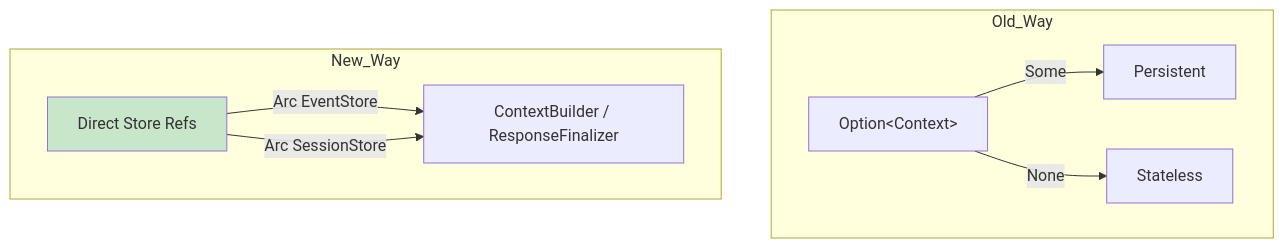
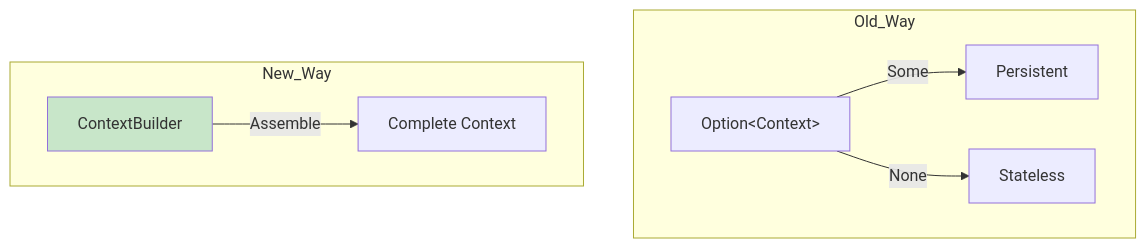
Diagram 12 of 20 in docs/architecture-en.md (yeheng/nanobot-rs), drawn with Mermaid before and after one commit. The commit also changed other lines of this file and 41 other files, not shown here.

````diff
--- a/docs/architecture-en.md
+++ b/docs/architecture-en.md
@@ -374,16 +379,15 @@
 ```mermaid
 flowchart TB
     subgraph Old_Way
         O[Option&lt;Context&gt;]
         O -->|Some| P[Persistent]
         O -->|None| S[Stateless]
     end
-    
+
     subgraph New_Way
-        E[Direct Store Refs]
-        E -->|Arc EventStore| P2[ContextBuilder / ResponseFinalizer]
-        E -->|Arc SessionStore| P2
+        CB[ContextBuilder]
+        CB -->|Assemble| CTX[Complete Context]
     end
 
-    style E fill:#C8E6C9
+    style CB fill:#C8E6C9
 ```
````
